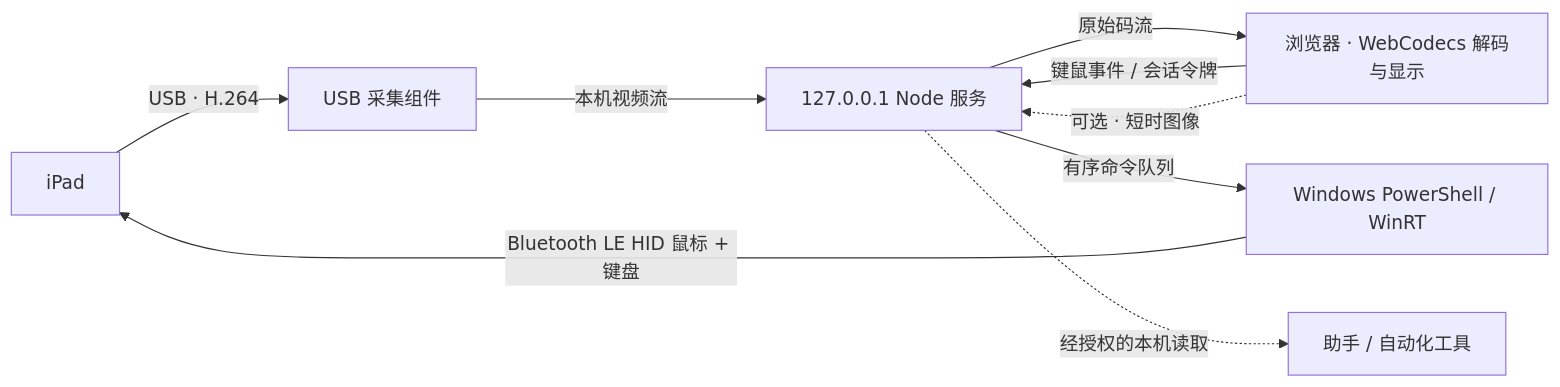
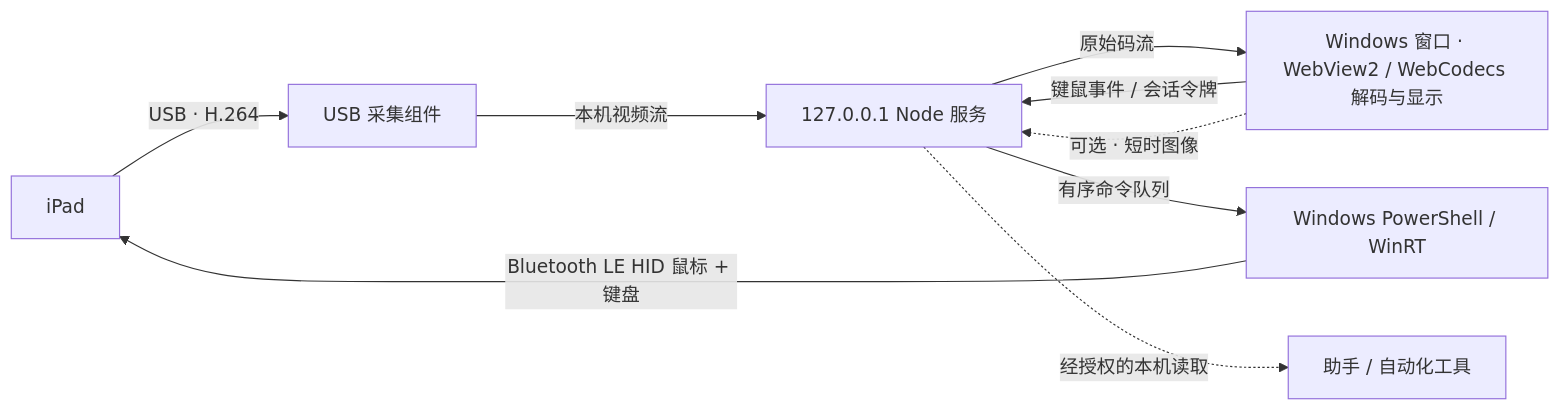
Before and after one commit to LiuJH12138/ipad-bluetooth-mouse: the diagram in README.md, drawn with Mermaid. The commit also changed other lines of this file and 15 other files, not shown here.

````diff
--- a/README.md
+++ b/README.md
@@ -84,11 +84,11 @@
 ```mermaid
 flowchart LR
     I["iPad"] -->|"USB · H.264"| M["USB 采集组件"]
     M -->|"本机视频流"| N["127.0.0.1 Node 服务"]
-    N -->|"原始码流"| B["浏览器 · WebCodecs 解码与显示"]
+    N -->|"原始码流"| B["Windows 窗口 · WebView2 / WebCodecs 解码与显示"]
     B -->|"键鼠事件 / 会话令牌"| N["127.0.0.1 Node 服务"]
     N -->|"有序命令队列"| P["Windows PowerShell / WinRT"]
     P -->|"Bluetooth LE HID 鼠标 + 键盘"| I
     B -.->|"可选 · 短时图像"| N
     N -.->|"经授权的本机读取"| A["助手 / 自动化工具"]
 ```
````
